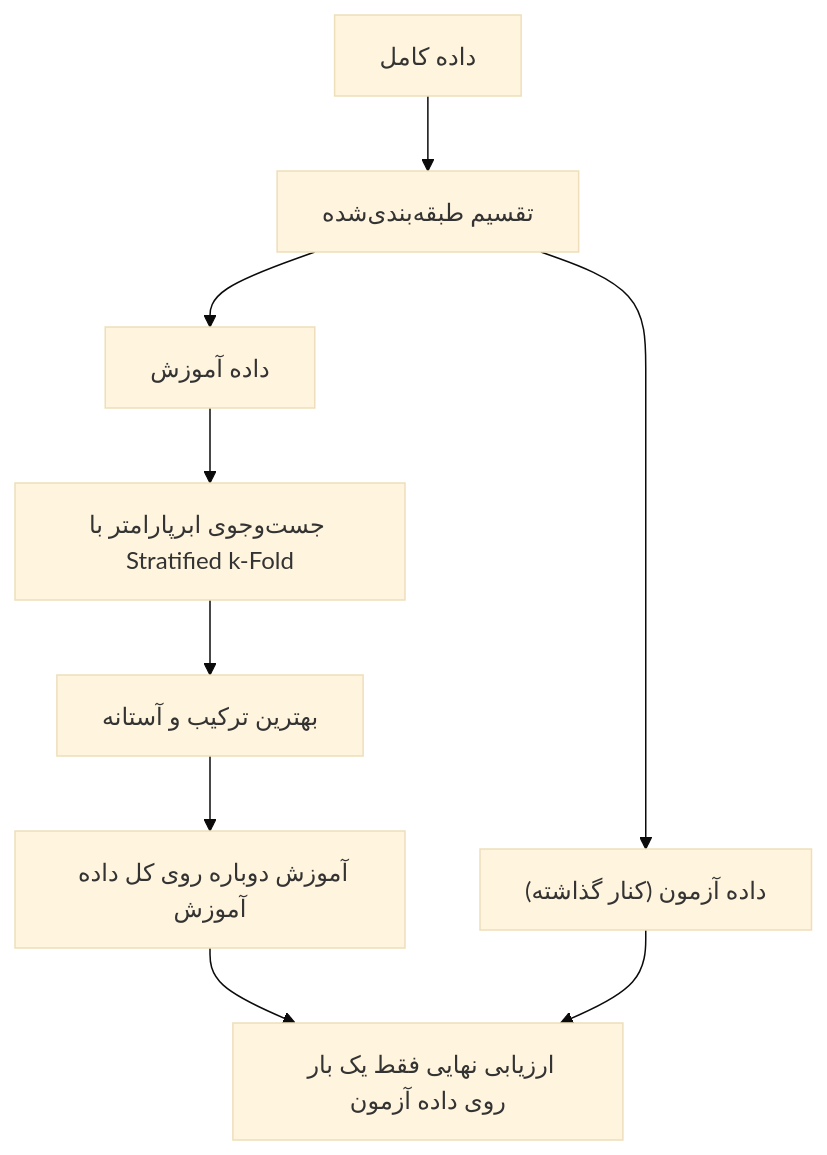
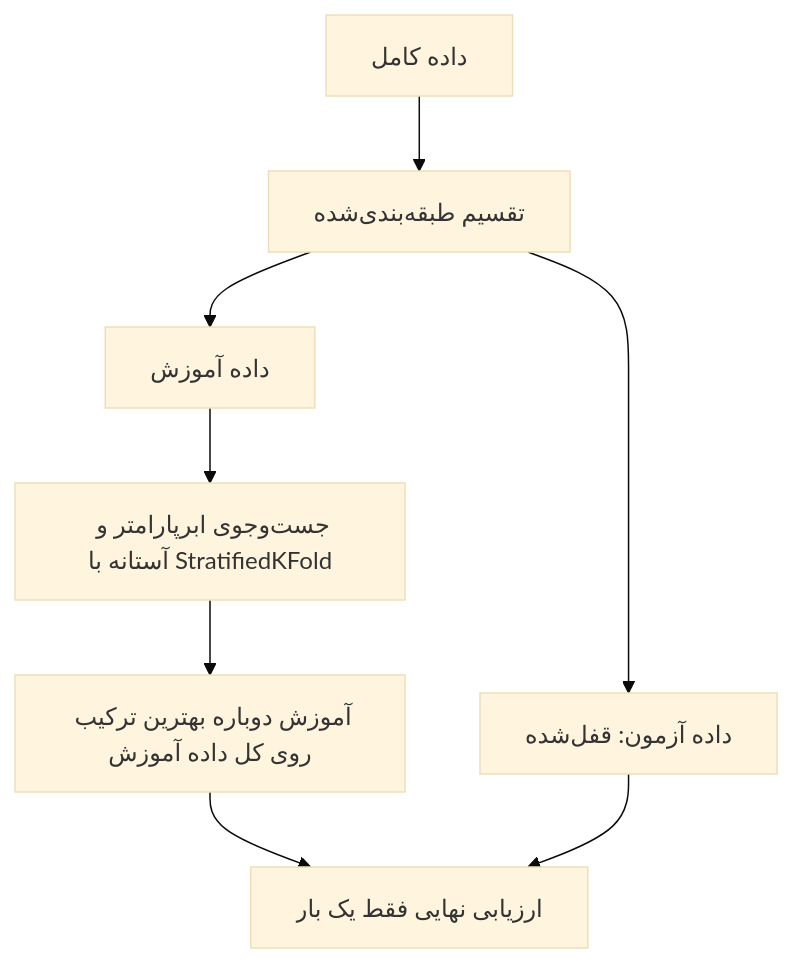
Before and after one commit to haghbinh/DM_Course: the diagram in Part 5_Classification/25 - ارزیابی مدل‌های طبقه‌بندی.md, drawn with Mermaid (base theme). The commit also changed other lines of this file and 29 other files, not shown here.

````diff
--- a/Part 5_Classification/25 - ارزیابی مدل‌های طبقه‌بندی.md
+++ b/Part 5_Classification/25 - ارزیابی مدل‌های طبقه‌بندی.md
@@ -325,11 +583,10 @@
 ```mermaid
 flowchart TD
     A["داده کامل"] --> B["تقسیم طبقه‌بندی‌شده"]
     B --> C["داده آموزش"]
-    B --> D["داده آزمون (کنار گذاشته)"]
-    C --> E["جست‌وجوی ابرپارامتر با Stratified k-Fold"]
-    E --> F["بهترین ترکیب و آستانه"]
-    F --> G["آموزش دوباره روی کل داده آموزش"]
-    G --> H["ارزیابی نهایی فقط یک بار روی داده آزمون"]
-    D --> H
+    B --> D["داده آزمون: قفل‌شده"]
+    C --> E["جست‌وجوی ابرپارامتر و آستانه با StratifiedKFold"]
+    E --> F["آموزش دوباره بهترین ترکیب روی کل داده آموزش"]
+    F --> G["ارزیابی نهایی فقط یک بار"]
+    D --> G
 ```
````
